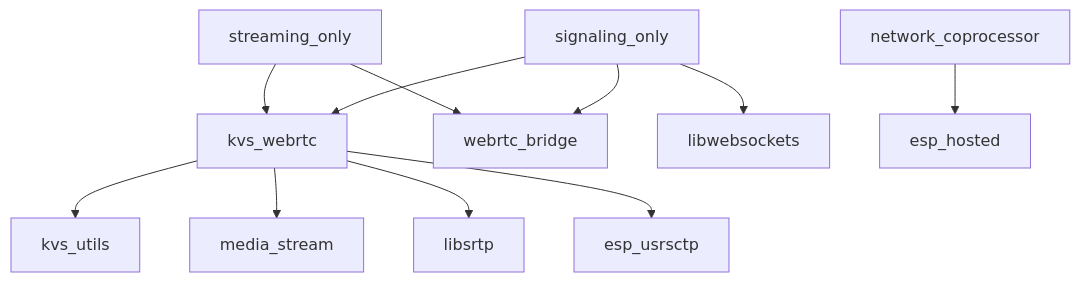
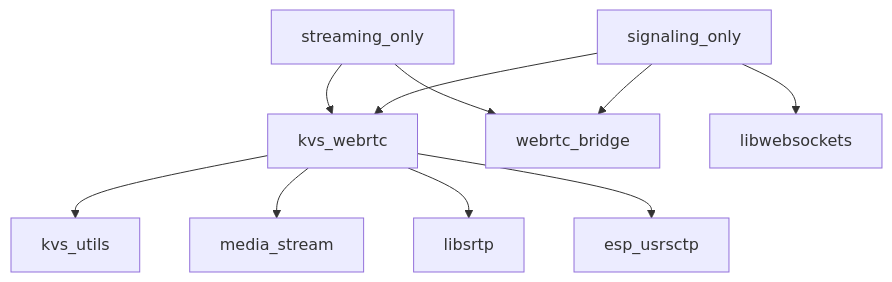
One commit to espressif/esp-port-for-amazon-kvs-sdk changed the diagram in components/README.md. Above: the diagram before and after it, drawn with Mermaid. The commit also changed other lines of this file and 8 other files, not shown here.

First line of the commit message:
components: remove network_coprocessor

````diff
--- a/components/README.md
+++ b/components/README.md
@@ -164,16 +163,14 @@
 ```mermaid
 graph TD
     A[kvs_webrtc] --> B[kvs_utils]
     A --> C[media_stream]
     A --> D[libsrtp]
     A --> E[esp_usrsctp]
 
     F[signaling_only] --> A
     F --> G[webrtc_bridge]
     F --> H[libwebsockets]
 
     I[streaming_only] --> A
     I --> G
-
-    J[network_coprocessor] --> K[esp_hosted]
 ```
````
